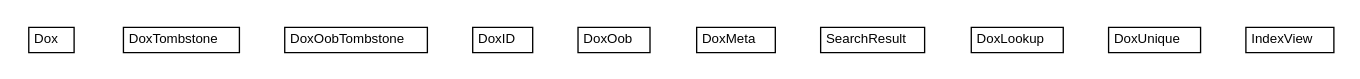
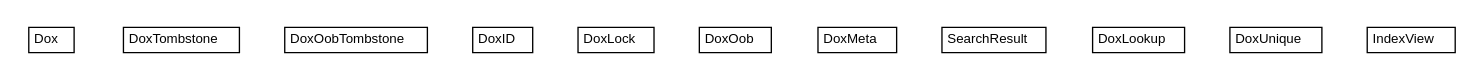
The diagram in doxdb-rest/apidocs/net/trajano/doxdb/net.trajano.doxdb.dot (trajano/doxdb), drawn with Graphviz before and after one commit. The commit also changed 254 other files, not shown here.

```diff
--- a/doxdb-rest/apidocs/net/trajano/doxdb/net.trajano.doxdb.dot
+++ b/doxdb-rest/apidocs/net/trajano/doxdb/net.trajano.doxdb.dot
@@ -1,72 +1,78 @@
 #!/usr/local/bin/dot
 #
 # Class diagram 
 # Generated by UMLGraph version R5_6-24-gf6e263 (http://www.umlgraph.org/)
 #
 
 digraph G {
 	edge [fontname="Helvetica",fontsize=10,labelfontname="Helvetica",labelfontsize=10];
 	node [fontname="Helvetica",fontsize=10,shape=plaintext];
 	nodesep=0.25;
 	ranksep=0.5;
 	// net.trajano.doxdb.Dox
 	c0 [label=<<table title="net.trajano.doxdb.Dox" border="0" cellborder="1" cellspacing="0" cellpadding="2" port="p" href="./Dox.html">
 		<tr><td><table border="0" cellspacing="0" cellpadding="1">
 <tr><td align="center" balign="center"> Dox </td></tr>
 		</table></td></tr>
 		</table>>, URL="./Dox.html", fontname="Helvetica", fontcolor="black", fontsize=10.0];
 	// net.trajano.doxdb.DoxTombstone
 	c1 [label=<<table title="net.trajano.doxdb.DoxTombstone" border="0" cellborder="1" cellspacing="0" cellpadding="2" port="p" href="./DoxTombstone.html">
 		<tr><td><table border="0" cellspacing="0" cellpadding="1">
 <tr><td align="center" balign="center"> DoxTombstone </td></tr>
 		</table></td></tr>
 		</table>>, URL="./DoxTombstone.html", fontname="Helvetica", fontcolor="black", fontsize=10.0];
 	// net.trajano.doxdb.DoxOobTombstone
 	c2 [label=<<table title="net.trajano.doxdb.DoxOobTombstone" border="0" cellborder="1" cellspacing="0" cellpadding="2" port="p" href="./DoxOobTombstone.html">
 		<tr><td><table border="0" cellspacing="0" cellpadding="1">
 <tr><td align="center" balign="center"> DoxOobTombstone </td></tr>
 		</table></td></tr>
 		</table>>, URL="./DoxOobTombstone.html", fontname="Helvetica", fontcolor="black", fontsize=10.0];
 	// net.trajano.doxdb.DoxID
 	c3 [label=<<table title="net.trajano.doxdb.DoxID" border="0" cellborder="1" cellspacing="0" cellpadding="2" port="p" href="./DoxID.html">
 		<tr><td><table border="0" cellspacing="0" cellpadding="1">
 <tr><td align="center" balign="center"> DoxID </td></tr>
 		</table></td></tr>
 		</table>>, URL="./DoxID.html", fontname="Helvetica", fontcolor="black", fontsize=10.0];
+	// net.trajano.doxdb.DoxLock
+	c4 [label=<<table title="net.trajano.doxdb.DoxLock" border="0" cellborder="1" cellspacing="0" cellpadding="2" port="p" href="./DoxLock.html">
+		<tr><td><table border="0" cellspacing="0" cellpadding="1">
+<tr><td align="center" balign="center"> DoxLock </td></tr>
+		</table></td></tr>
+		</table>>, URL="./DoxLock.html", fontname="Helvetica", fontcolor="black", fontsize=10.0];
 	// net.trajano.doxdb.DoxOob
-	c4 [label=<<table title="net.trajano.doxdb.DoxOob" border="0" cellborder="1" cellspacing="0" cellpadding="2" port="p" href="./DoxOob.html">
+	c5 [label=<<table title="net.trajano.doxdb.DoxOob" border="0" cellborder="1" cellspacing="0" cellpadding="2" port="p" href="./DoxOob.html">
 		<tr><td><table border="0" cellspacing="0" cellpadding="1">
 <tr><td align="center" balign="center"> DoxOob </td></tr>
 		</table></td></tr>
 		</table>>, URL="./DoxOob.html", fontname="Helvetica", fontcolor="black", fontsize=10.0];
 	// net.trajano.doxdb.DoxMeta
-	c5 [label=<<table title="net.trajano.doxdb.DoxMeta" border="0" cellborder="1" cellspacing="0" cellpadding="2" port="p" href="./DoxMeta.html">
+	c6 [label=<<table title="net.trajano.doxdb.DoxMeta" border="0" cellborder="1" cellspacing="0" cellpadding="2" port="p" href="./DoxMeta.html">
 		<tr><td><table border="0" cellspacing="0" cellpadding="1">
 <tr><td align="center" balign="center"> DoxMeta </td></tr>
 		</table></td></tr>
 		</table>>, URL="./DoxMeta.html", fontname="Helvetica", fontcolor="black", fontsize=10.0];
 	// net.trajano.doxdb.SearchResult
-	c6 [label=<<table title="net.trajano.doxdb.SearchResult" border="0" cellborder="1" cellspacing="0" cellpadding="2" port="p" href="./SearchResult.html">
+	c7 [label=<<table title="net.trajano.doxdb.SearchResult" border="0" cellborder="1" cellspacing="0" cellpadding="2" port="p" href="./SearchResult.html">
 		<tr><td><table border="0" cellspacing="0" cellpadding="1">
 <tr><td align="center" balign="center"> SearchResult </td></tr>
 		</table></td></tr>
 		</table>>, URL="./SearchResult.html", fontname="Helvetica", fontcolor="black", fontsize=10.0];
 	// net.trajano.doxdb.DoxLookup
-	c7 [label=<<table title="net.trajano.doxdb.DoxLookup" border="0" cellborder="1" cellspacing="0" cellpadding="2" port="p" href="./DoxLookup.html">
+	c8 [label=<<table title="net.trajano.doxdb.DoxLookup" border="0" cellborder="1" cellspacing="0" cellpadding="2" port="p" href="./DoxLookup.html">
 		<tr><td><table border="0" cellspacing="0" cellpadding="1">
 <tr><td align="center" balign="center"> DoxLookup </td></tr>
 		</table></td></tr>
 		</table>>, URL="./DoxLookup.html", fontname="Helvetica", fontcolor="black", fontsize=10.0];
 	// net.trajano.doxdb.DoxUnique
-	c8 [label=<<table title="net.trajano.doxdb.DoxUnique" border="0" cellborder="1" cellspacing="0" cellpadding="2" port="p" href="./DoxUnique.html">
+	c9 [label=<<table title="net.trajano.doxdb.DoxUnique" border="0" cellborder="1" cellspacing="0" cellpadding="2" port="p" href="./DoxUnique.html">
 		<tr><td><table border="0" cellspacing="0" cellpadding="1">
 <tr><td align="center" balign="center"> DoxUnique </td></tr>
 		</table></td></tr>
 		</table>>, URL="./DoxUnique.html", fontname="Helvetica", fontcolor="black", fontsize=10.0];
 	// net.trajano.doxdb.IndexView
-	c9 [label=<<table title="net.trajano.doxdb.IndexView" border="0" cellborder="1" cellspacing="0" cellpadding="2" port="p" href="./IndexView.html">
+	c10 [label=<<table title="net.trajano.doxdb.IndexView" border="0" cellborder="1" cellspacing="0" cellpadding="2" port="p" href="./IndexView.html">
 		<tr><td><table border="0" cellspacing="0" cellpadding="1">
 <tr><td align="center" balign="center"> IndexView </td></tr>
 		</table></td></tr>
 		</table>>, URL="./IndexView.html", fontname="Helvetica", fontcolor="black", fontsize=10.0];
 }
```
